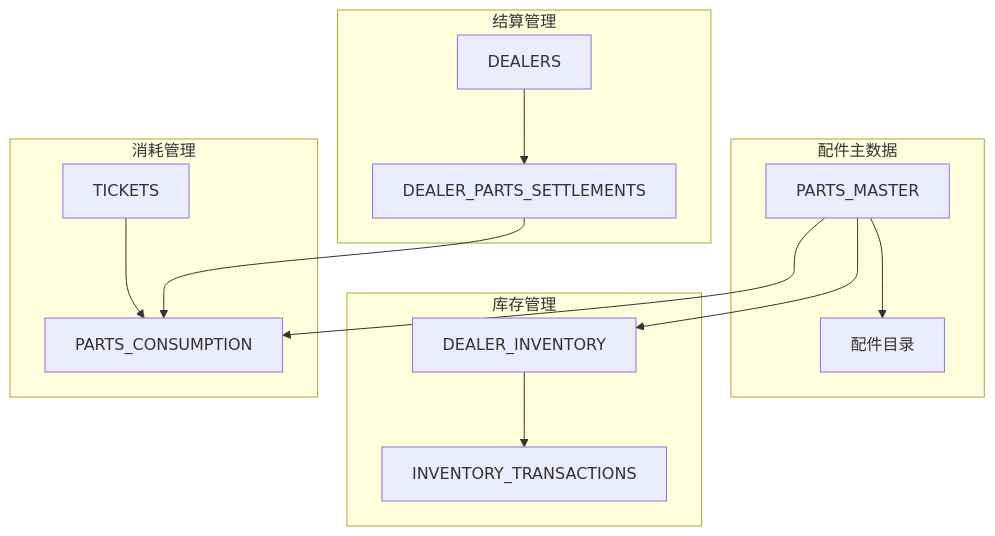
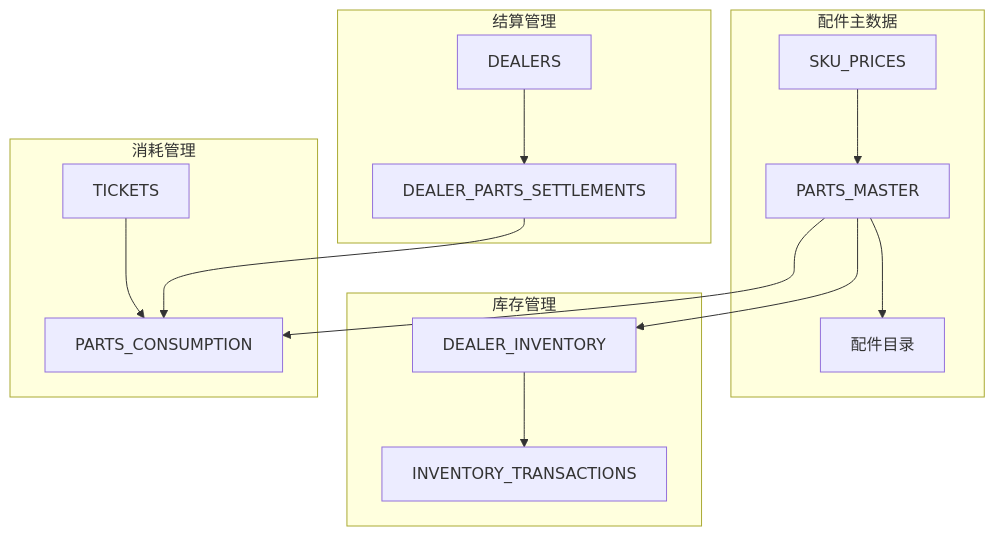
One commit to CubeEdge/Longhorn changed the fifth of 12 diagrams in .qoder/repowiki/zh/content/数据库设计/配件管理系统.md. Above: the diagram before and after it, drawn with Mermaid. The commit also changed other lines of this file and 53 other files, not shown here.

````diff
--- a/.qoder/repowiki/zh/content/数据库设计/配件管理系统.md
+++ b/.qoder/repowiki/zh/content/数据库设计/配件管理系统.md
@@ -291,26 +324,28 @@
 ```mermaid
 graph TB
 subgraph "配件主数据"
 PM[PARTS_MASTER]
+SP[SKU_PRICES]
 PC[配件目录]
 end
 subgraph "库存管理"
 DI[DEALER_INVENTORY]
 IT[INVENTORY_TRANSACTIONS]
 end
 subgraph "消耗管理"
 PCN[PARTS_CONSUMPTION]
 T[TICKETS]
 end
 subgraph "结算管理"
 DS[DEALER_PARTS_SETTLEMENTS]
 DC[DEALERS]
 end
 PM --> PC
 PM --> DI
 PM --> PCN
+SP --> PM
 DI --> IT
 T --> PCN
 DC --> DS
 DS --> PCN
 ```
````
